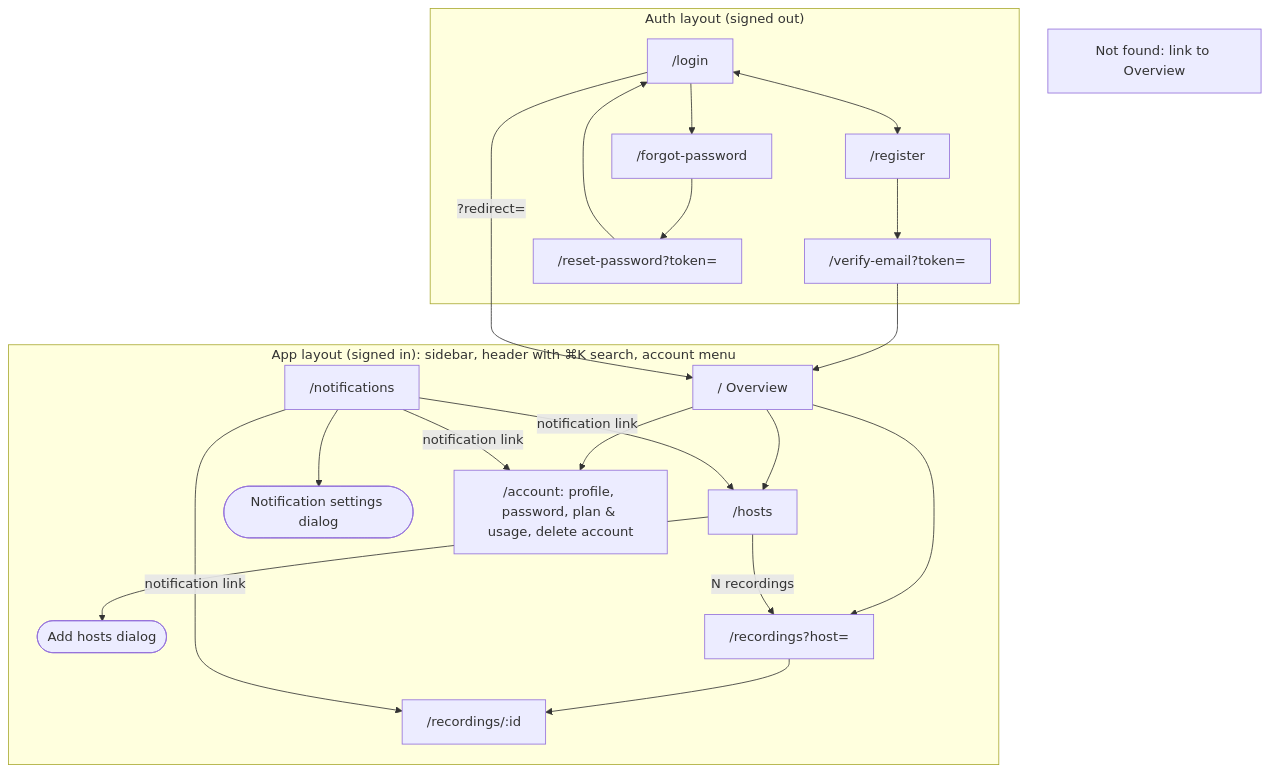
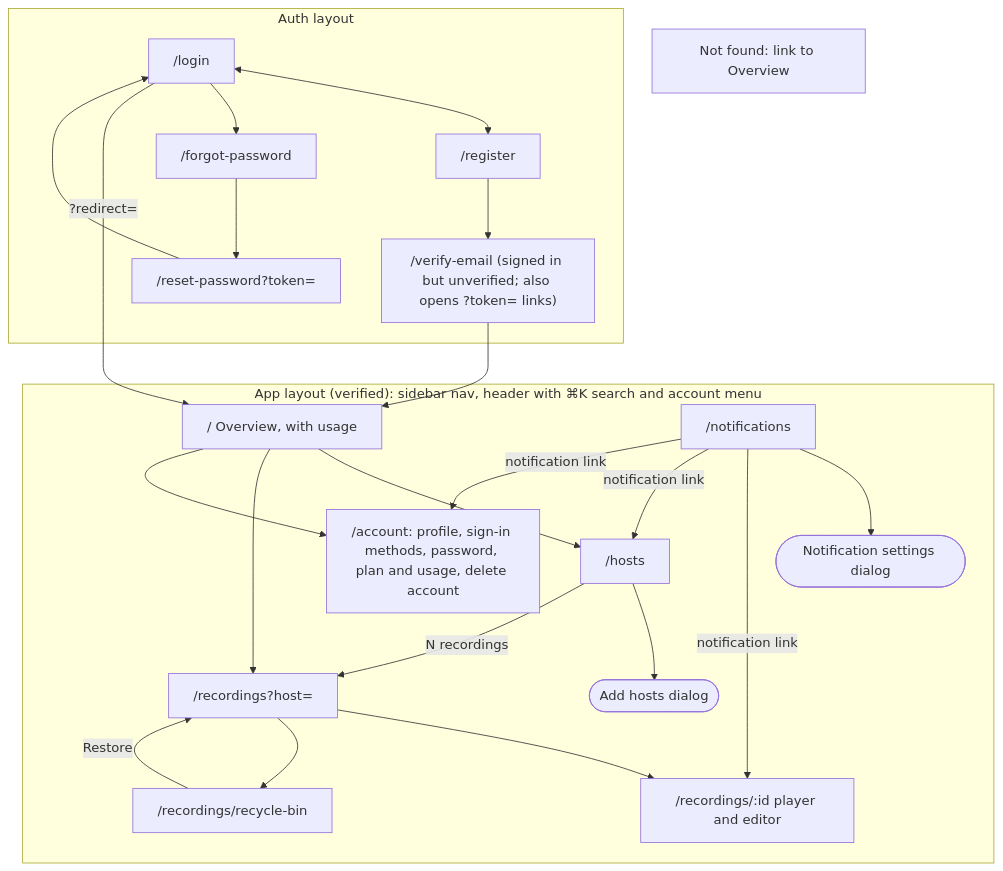
The first of 11 diagrams in docs/user-flows.md (binhld98/AutoRecordLive), drawn with Mermaid before and after one commit. The commit also changed other lines of this file, not shown here.

Commit message:
docs: revise user flows after review

````diff
--- a/docs/user-flows.md
+++ b/docs/user-flows.md
@@ -15,32 +46,35 @@
 ```mermaid
 flowchart TD
-  subgraph Public["Auth layout (signed out)"]
+  subgraph Public["Auth layout"]
     login["/login"]
     register["/register"]
-    verify["/verify-email?token="]
+    verify["/verify-email (signed in but unverified; also opens ?token= links)"]
     forgot["/forgot-password"]
     reset["/reset-password?token="]
   end
-  subgraph App["App layout (signed in): sidebar, header with ⌘K search, account menu"]
-    overview["/ Overview"]
+  subgraph App["App layout (verified): sidebar nav, header with ⌘K search and account menu"]
+    overview["/ Overview, with usage"]
     hosts["/hosts"]
     add(["Add hosts dialog"])
     recs["/recordings?host="]
-    rec["/recordings/:id"]
+    bin["/recordings/recycle-bin"]
+    rec["/recordings/:id player and editor"]
     notifs["/notifications"]
     nsettings(["Notification settings dialog"])
-    account["/account: profile, password, plan & usage, delete account"]
+    account["/account: profile, sign-in methods, password, plan and usage, delete account"]
   end
   notfound["Not found: link to Overview"]
 
   login <--> register
   login --> forgot --> reset --> login
   register --> verify --> overview
   login -- "?redirect=" --> overview
   overview --> hosts & recs & account
   hosts --> add
   hosts -- "N recordings" --> recs
   recs --> rec
+  recs --> bin
+  bin -- "Restore" --> recs
   notifs --> nsettings
   notifs -- "notification link" --> rec & hosts & account
 ```
````
